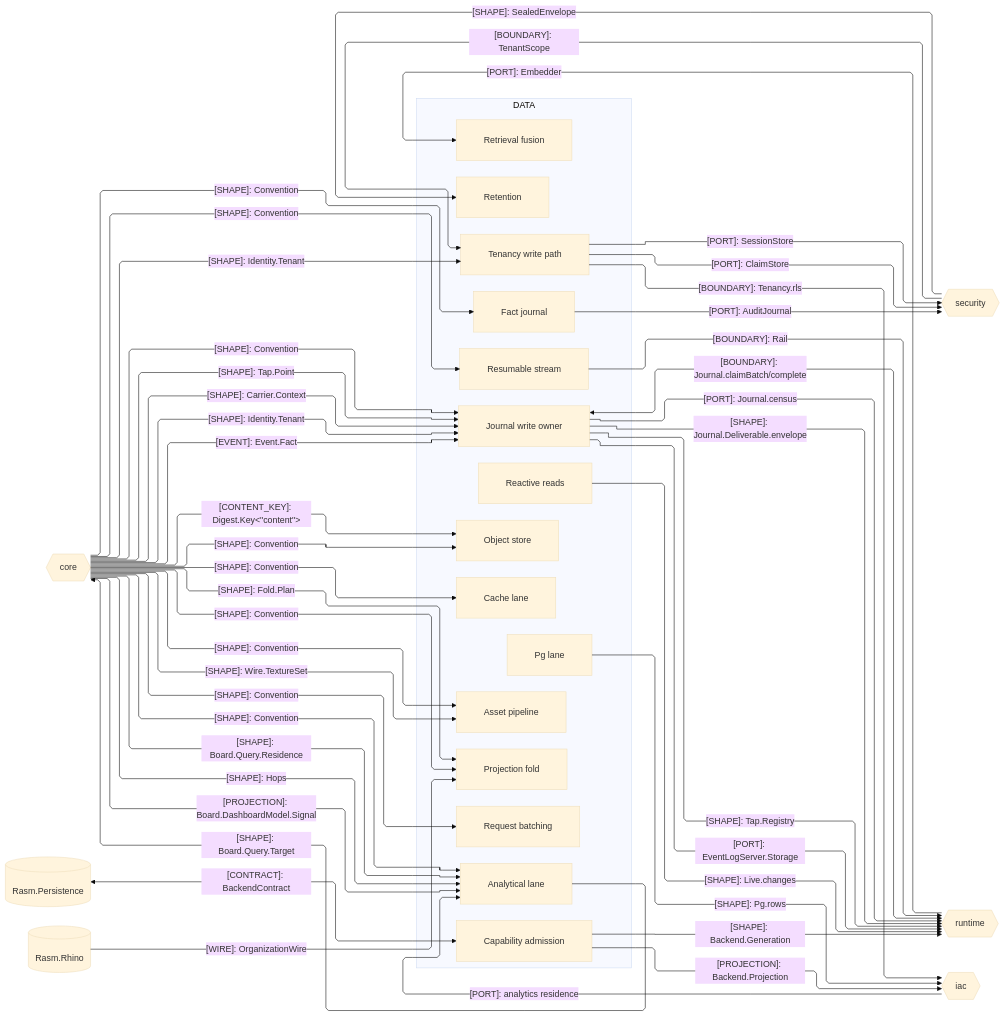
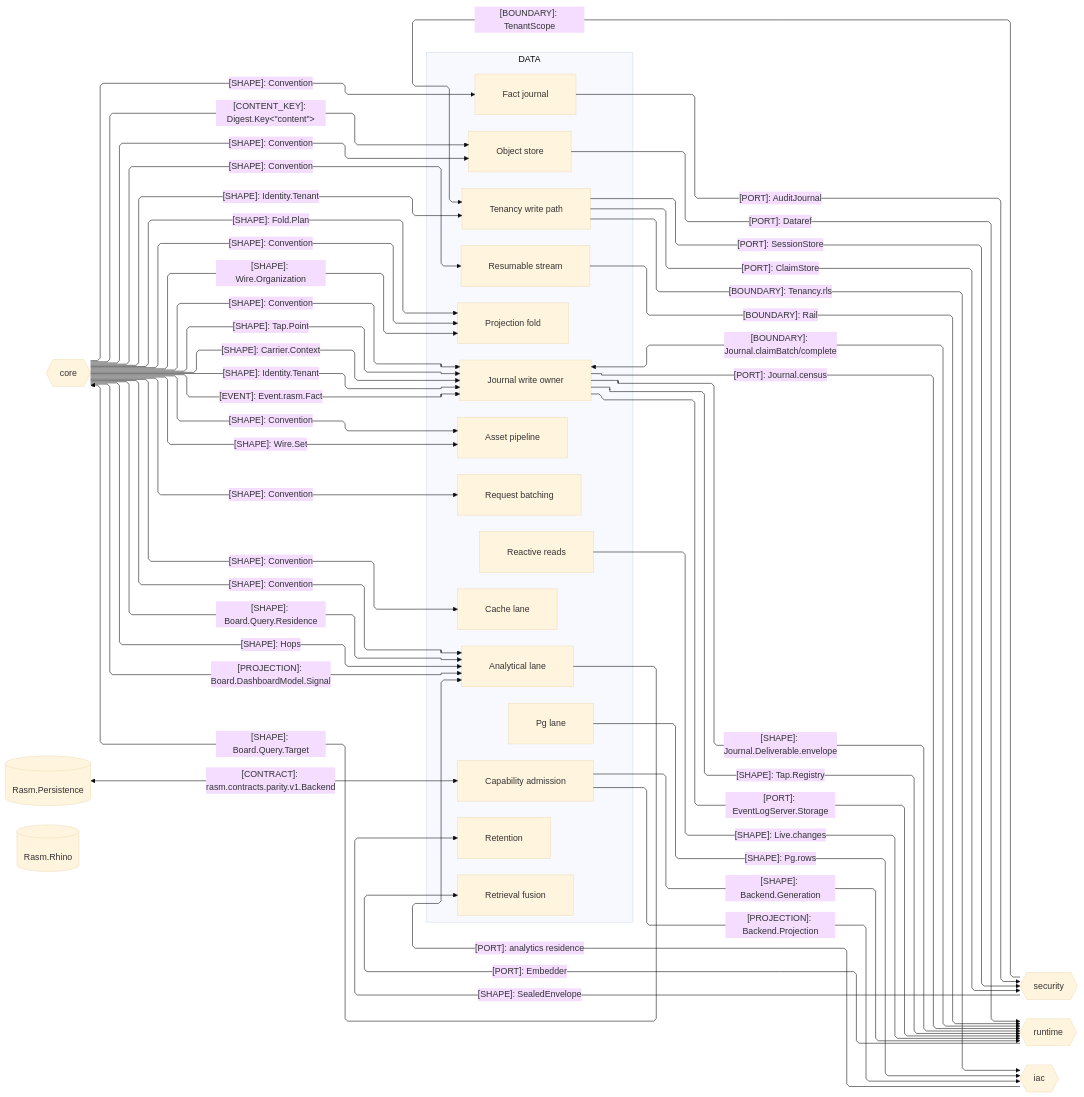
One commit to bsamiee/Rasm changed the second of 3 diagrams in libs/typescript/data/ARCHITECTURE.md. Above: the diagram before and after it, drawn with Mermaid (base theme). The commit also changed 820 other files, not shown here.

````diff
--- a/libs/typescript/data/ARCHITECTURE.md
+++ b/libs/typescript/data/ARCHITECTURE.md
@@ -108,76 +108,77 @@
 ```mermaid
 ---
 config:
   layout: elk
   flowchart:
     curve: linear
     padding: 25
 ---
 flowchart LR
     accTitle: Data package seam registry
     accDescr: Data exchanges custody, tenancy, hook, backend, and Board.Query contracts with branch peers and Rasm.Persistence.
     subgraph data[DATA]
         Fold[Projection fold]
         Store[Object store]
         Tenant[Tenancy write path]
         Retain[Retention]
         Append[Journal write owner]
         Live[Reactive reads]
         Stream[Resumable stream]
         Search[Retrieval fusion]
         Postgres[Pg lane]
         Capability[Capability admission]
         Fact[Fact journal]
         Batch[Request batching]
         Cache[Cache lane]
         Olap[Analytical lane]
         Asset[Asset pipeline]
     end
     Core{{core}}
     Security{{security}}
     Runtime{{runtime}}
     Iac{{iac}}
     Persistence[(Rasm.Persistence)]
     Rhino[(Rasm.Rhino)]
     Core e1@-->|"[SHAPE]: Fold.Plan"| Fold
     Core e2@-->|"[CONTENT_KEY]: Digest.Key&lt;&quot;content&quot;&gt;"| Store
     Core e3@-->|"[SHAPE]: Identity.Tenant"| Tenant
     Tenant e4@-->|"[PORT]: SessionStore"| Security
     Security e5@-->|"[BOUNDARY]: TenantScope"| Tenant
     Security e6@-->|"[SHAPE]: SealedEnvelope"| Retain
     Append e7@<-->|"[BOUNDARY]: Journal.claimBatch/complete"| Runtime
     Live e8@-->|"[SHAPE]: Live.changes"| Runtime
     Stream e9@-->|"[BOUNDARY]: Rail"| Runtime
     Runtime e10@-->|"[PORT]: Embedder"| Search
     Postgres e11@-->|"[SHAPE]: Pg.rows"| Iac
     Tenant e12@-->|"[BOUNDARY]: Tenancy.rls"| Iac
     Core e13@-->|"[SHAPE]: Convention"| Append
     Core e14@-->|"[SHAPE]: Convention"| Fold
     Append e15@-->|"[PORT]: Journal.census"| Runtime
     Tenant e16@-->|"[PORT]: ClaimStore"| Security
     Core e17@-->|"[SHAPE]: Convention"| Fact
     Core e18@-->|"[SHAPE]: Convention"| Batch
     Core e19@-->|"[SHAPE]: Convention"| Store
     Core e20@-->|"[SHAPE]: Convention"| Stream
     Core e21@-->|"[SHAPE]: Convention"| Cache
     Core e22@-->|"[SHAPE]: Convention"| Olap
     Append e23@-->|"[SHAPE]: Journal.Deliverable.envelope"| Runtime
     Core e24@-->|"[SHAPE]: Tap.Point"| Append
     Append e25@-->|"[SHAPE]: Tap.Registry"| Runtime
     Capability e26@-->|"[PROJECTION]: Backend.Projection"| Iac
     Capability e27@-->|"[SHAPE]: Backend.Generation"| Runtime
-    Persistence e28@<-->|"[CONTRACT]: BackendContract"| Capability
+    Persistence e28@<-->|"[CONTRACT]: rasm.contracts.parity.v1.Backend"| Capability
     Fact e29@-->|"[PORT]: AuditJournal"| Security
     Core e30@-->|"[SHAPE]: Board.Query.Residence"| Olap
     Core e31@-->|"[SHAPE]: Hops"| Olap
     Olap e32@-->|"[SHAPE]: Board.Query.Target"| Core
     Core e33@-->|"[PROJECTION]: Board.DashboardModel.Signal"| Olap
     Iac e34@-->|"[PORT]: analytics residence"| Olap
     Core e35@-->|"[SHAPE]: Convention"| Asset
-    Core e36@-->|"[SHAPE]: Wire.TextureSet"| Asset
-    Rhino e37@-->|"[WIRE]: OrganizationWire"| Fold
+    Core e36@-->|"[SHAPE]: Wire.Set"| Asset
+    Core e37@-->|"[SHAPE]: Wire.Organization"| Fold
     Core e38@-->|"[SHAPE]: Carrier.Context"| Append
     Core e39@-->|"[SHAPE]: Identity.Tenant"| Append
-    Core e40@-->|"[EVENT]: Event.Fact"| Append
+    Core e40@-->|"[EVENT]: Event.rasm.Fact"| Append
     Append e41@-->|"[PORT]: EventLogServer.Storage"| Runtime
+    Store e42@-->|"[PORT]: Dataref"| Runtime
 ```
````
